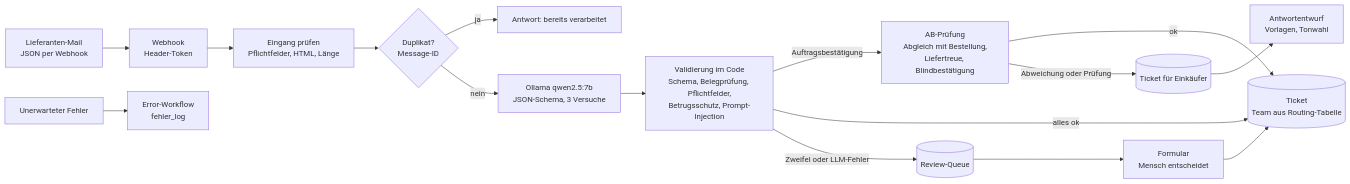
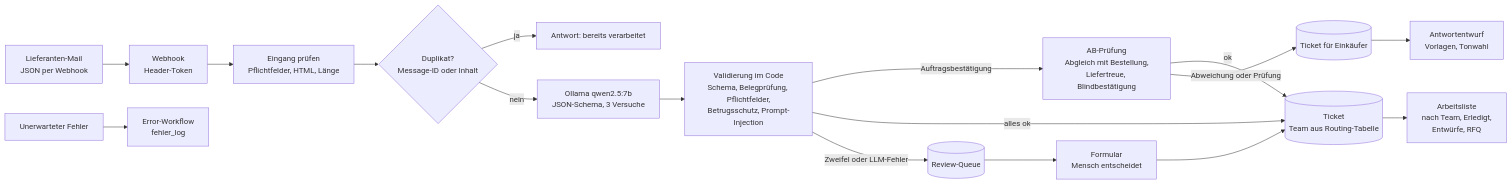
Before and after one commit to MaxXSammy/n8n-supplier-mail-triage: the diagram in README.md, drawn with Mermaid. The commit also changed other lines of this file and 5 other files, not shown here.

First line of the commit message:
docs: README, Diagramm, Screenshots und Vorschaubilder auf den aktuellen Stand

````diff
--- a/README.md
+++ b/README.md
@@ -69,18 +74,19 @@
 ```mermaid
 flowchart LR
     M[Lieferanten-Mail<br/>JSON per Webhook] --> W[Webhook<br/>Header-Token]
     W --> E[Eingang prüfen<br/>Pflichtfelder, HTML, Länge]
-    E --> D{Duplikat?<br/>Message-ID}
+    E --> D{Duplikat?<br/>Message-ID oder Inhalt}
     D -- ja --> R1[Antwort: bereits verarbeitet]
     D -- nein --> L[Ollama qwen2.5:7b<br/>JSON-Schema, 3 Versuche]
     L --> V[Validierung im Code<br/>Schema, Belegprüfung, Pflichtfelder,<br/>Betrugsschutz, Prompt-Injection]
     V -- Auftragsbestätigung --> AB[AB-Prüfung<br/>Abgleich mit Bestellung,<br/>Liefertreue, Blindbestätigung]
     AB -- ok --> T
     AB -- Abweichung oder Prüfung --> EK[(Ticket für Einkäufer)]
     EK --> AE[Antwortentwurf<br/>Vorlagen, Tonwahl]
     V -- alles ok --> T[(Ticket<br/>Team aus Routing-Tabelle)]
     V -- Zweifel oder LLM-Fehler --> Q[(Review-Queue)]
     Q --> F[Formular<br/>Mensch entscheidet]
     F --> T
+    T --> AL[Arbeitsliste<br/>nach Team, Erledigt,<br/>Entwürfe, RFQ]
     X[Unerwarteter Fehler] --> EW[Error-Workflow<br/>fehler_log]
 ```
````
